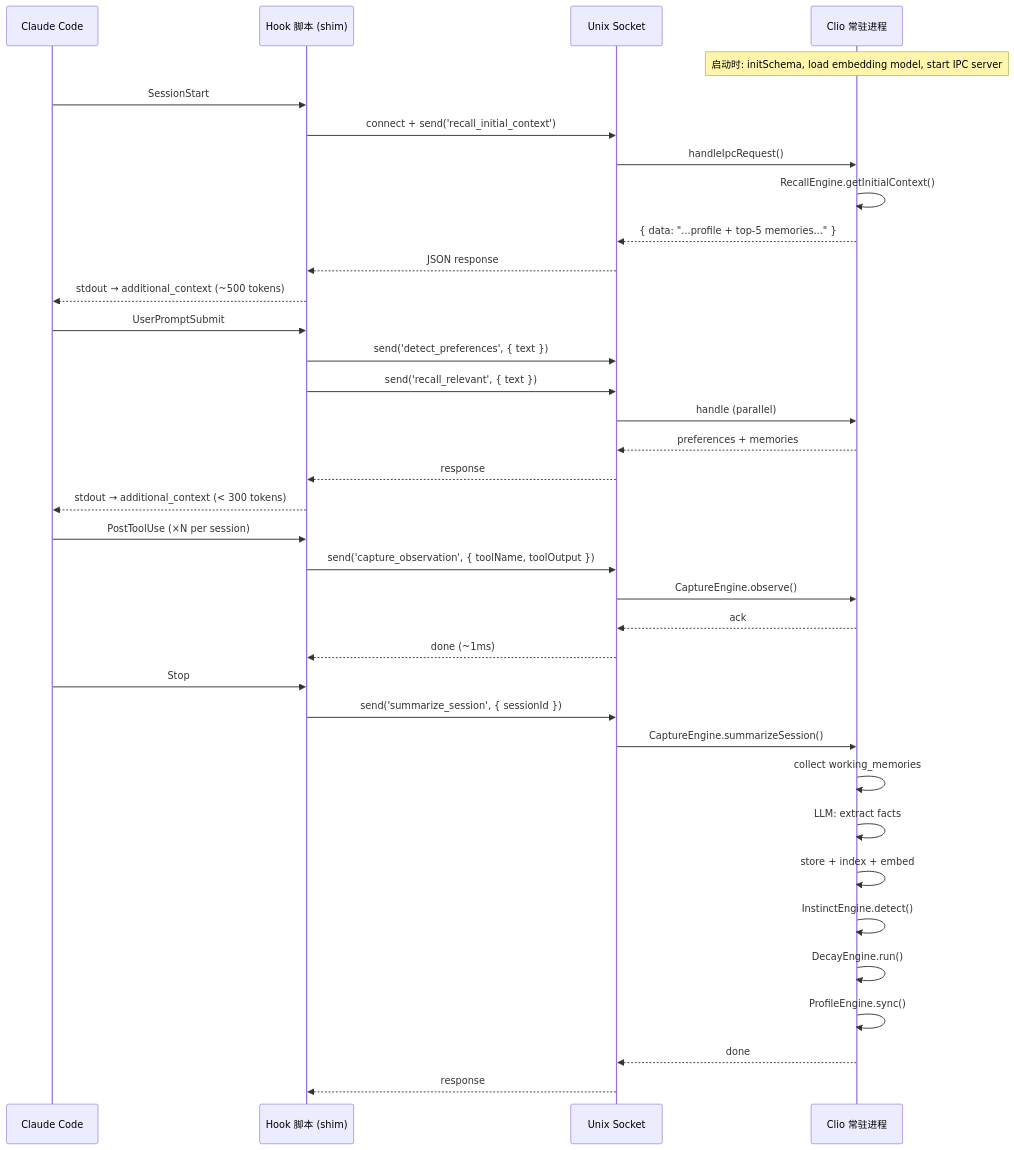
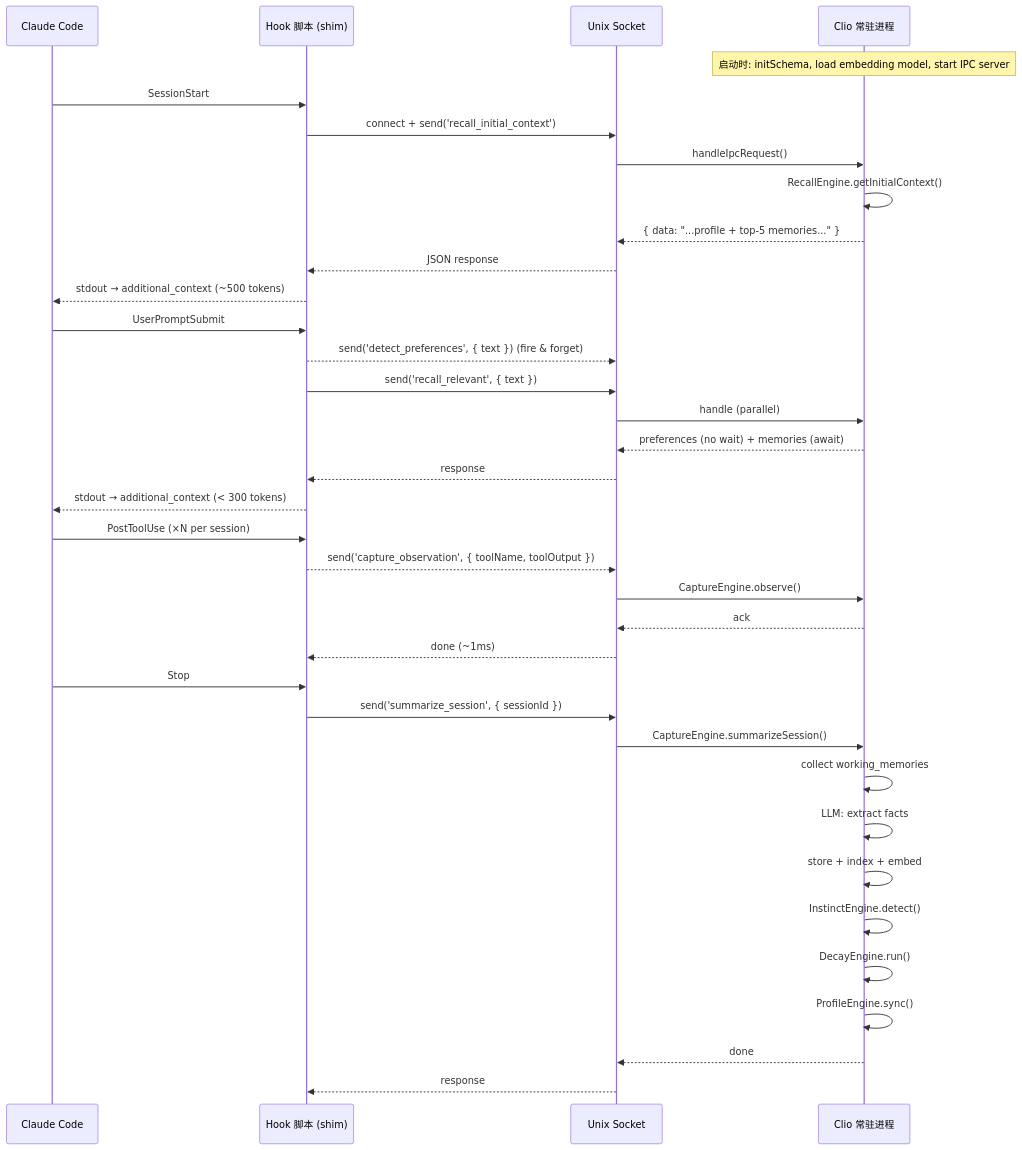
One commit to Lucas-lgm/clio changed diagram 11 of 11 in docs/architecture.md. Above: the diagram before and after it, drawn with Mermaid. The commit also changed other lines of this file, not shown here.

First line of the commit message:
docs: fix architecture document to match implementation

````diff
--- a/docs/architecture.md
+++ b/docs/architecture.md
@@ -399,43 +404,43 @@
 ```mermaid
 sequenceDiagram
     participant CC as Claude Code
     participant Hook as Hook 脚本 (shim)
     participant IPC as Unix Socket
     participant Clio as Clio 常驻进程
 
     Note over Clio: 启动时: initSchema, load embedding model, start IPC server
 
     CC->>Hook: SessionStart
     Hook->>IPC: connect + send('recall_initial_context')
     IPC->>Clio: handleIpcRequest()
     Clio->>Clio: RecallEngine.getInitialContext()
     Clio-->>IPC: { data: "...profile + top-5 memories..." }
     IPC-->>Hook: JSON response
     Hook-->>CC: stdout → additional_context (~500 tokens)
 
     CC->>Hook: UserPromptSubmit
-    Hook->>IPC: send('detect_preferences', { text })
+    Hook-->>IPC: send('detect_preferences', { text }) (fire & forget)
     Hook->>IPC: send('recall_relevant', { text })
     IPC->>Clio: handle (parallel)
-    Clio-->>IPC: preferences + memories
+    Clio-->>IPC: preferences (no wait) + memories (await)
     IPC-->>Hook: response
     Hook-->>CC: stdout → additional_context (< 300 tokens)
 
     CC->>Hook: PostToolUse (×N per session)
-    Hook->>IPC: send('capture_observation', { toolName, toolOutput })
+    Hook-->>IPC: send('capture_observation', { toolName, toolOutput })
     IPC->>Clio: CaptureEngine.observe()
     Clio-->>IPC: ack
     IPC-->>Hook: done (~1ms)
 
     CC->>Hook: Stop
     Hook->>IPC: send('summarize_session', { sessionId })
     IPC->>Clio: CaptureEngine.summarizeSession()
     Clio->>Clio: collect working_memories
     Clio->>Clio: LLM: extract facts
     Clio->>Clio: store + index + embed
     Clio->>Clio: InstinctEngine.detect()
     Clio->>Clio: DecayEngine.run()
     Clio->>Clio: ProfileEngine.sync()
     Clio-->>IPC: done
     IPC-->>Hook: response
 ```
````
